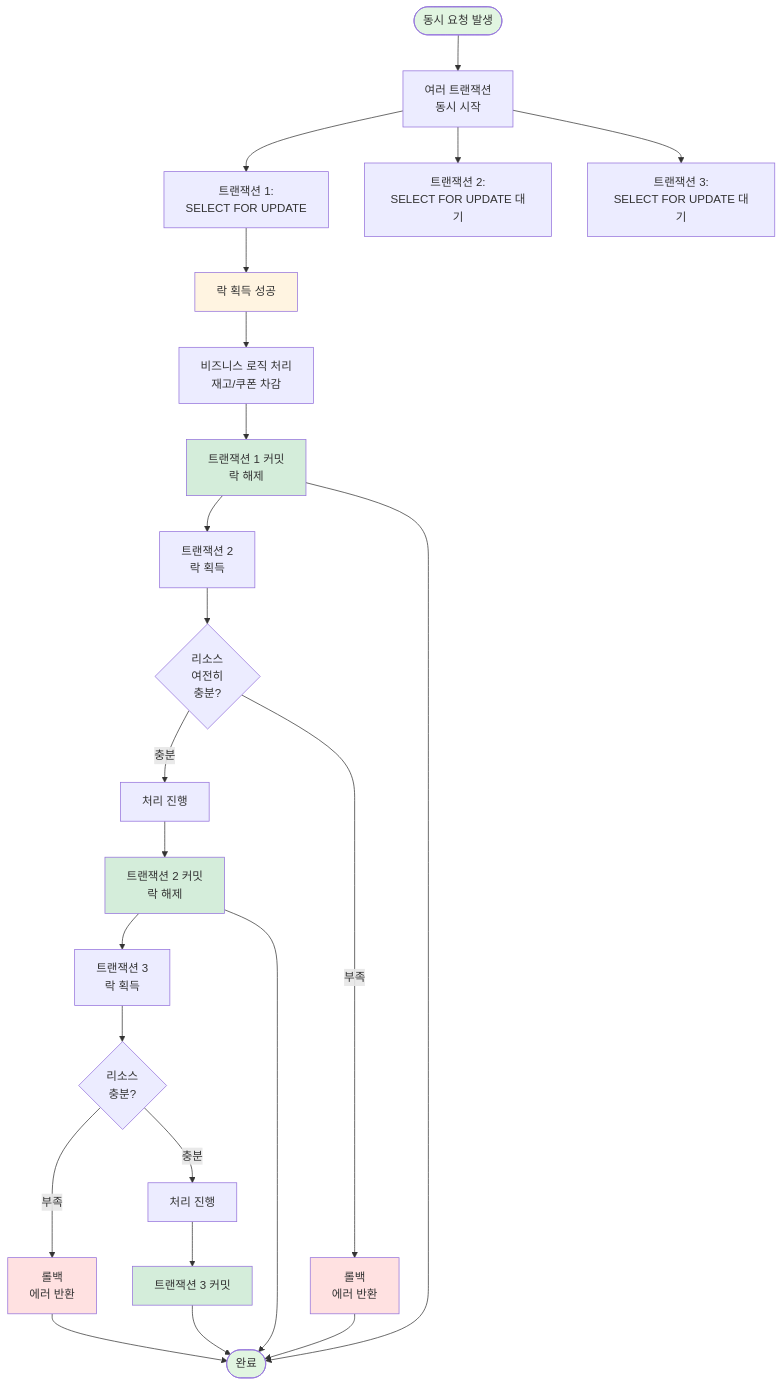
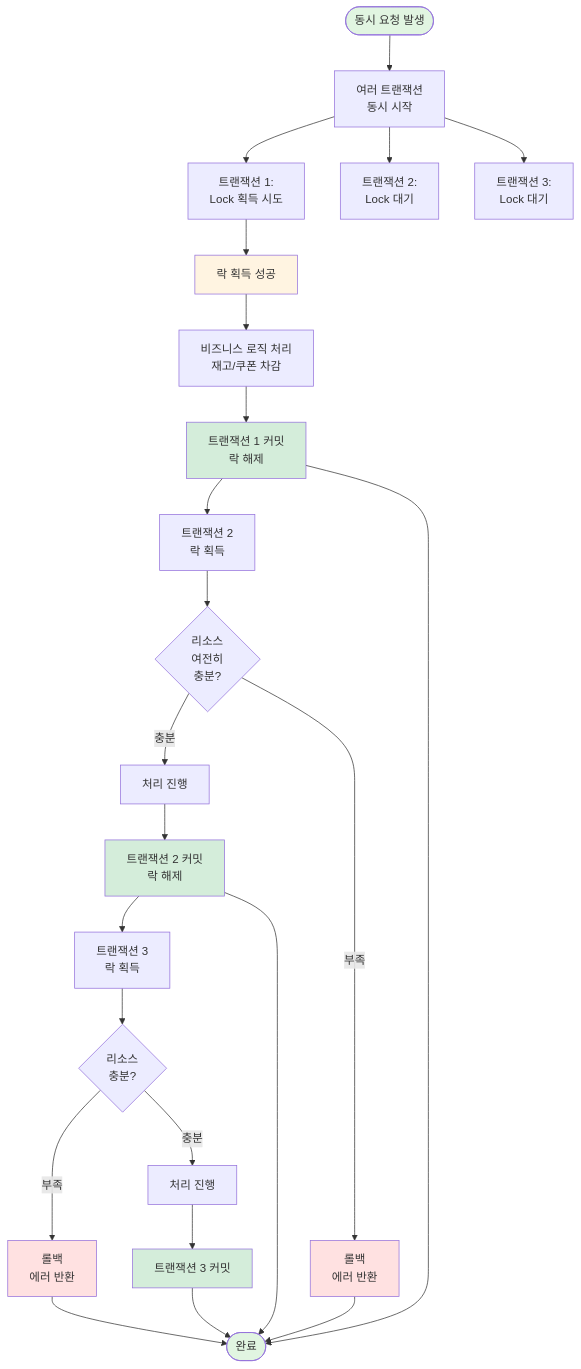
One commit to jaedeokhan/start-study changed the eighth of 9 diagrams in week2-api-design-management/api-swagger/docs/api/flowcharts.md. Above: the diagram before and after it, drawn with Mermaid. The commit also changed other lines of this file and 6 other files, not shown here.

Commit message:
chore: 상품, 주문, 결제, 쿠폰, 재고 ERD 및 시퀀스 및 ERD 구성

````diff
--- a/week2-api-design-management/api-swagger/docs/api/flowcharts.md
+++ b/week2-api-design-management/api-swagger/docs/api/flowcharts.md
@@ -368,39 +368,39 @@
 ```mermaid
 flowchart TD
     Start([동시 요청 발생]) --> MultipleReq[여러 트랜잭션<br/>동시 시작]
 
-    MultipleReq --> Tx1[트랜잭션 1:<br/>SELECT FOR UPDATE]
-    MultipleReq --> Tx2[트랜잭션 2:<br/>SELECT FOR UPDATE 대기]
-    MultipleReq --> Tx3[트랜잭션 3:<br/>SELECT FOR UPDATE 대기]
+    MultipleReq --> Tx1[트랜잭션 1:<br/>Lock 획득 시도]
+    MultipleReq --> Tx2[트랜잭션 2:<br/>Lock 대기]
+    MultipleReq --> Tx3[트랜잭션 3:<br/>Lock 대기]
 
     Tx1 --> Lock1[락 획득 성공]
     Lock1 --> Process1[비즈니스 로직 처리<br/>재고/쿠폰 차감]
     Process1 --> Commit1[트랜잭션 1 커밋<br/>락 해제]
 
     Commit1 --> Tx2Next[트랜잭션 2<br/>락 획득]
     Tx2Next --> Check2{리소스<br/>여전히<br/>충분?}
     Check2 -->|충분| Process2[처리 진행]
     Check2 -->|부족| Rollback2[롤백<br/>에러 반환]
 
     Process2 --> Commit2[트랜잭션 2 커밋<br/>락 해제]
     Commit2 --> Tx3Next[트랜잭션 3<br/>락 획득]
     Tx3Next --> Check3{리소스<br/>충분?}
     Check3 -->|부족| Rollback3[롤백<br/>에러 반환]
     Check3 -->|충분| Process3[처리 진행]
     Process3 --> Commit3[트랜잭션 3 커밋]
 
     Commit1 --> End([완료])
     Commit2 --> End
     Commit3 --> End
     Rollback2 --> End
     Rollback3 --> End
 
     style Start fill:#e1f5e1
     style End fill:#e1f5e1
     style Lock1 fill:#fff4e1
     style Commit1 fill:#d4edda
     style Commit2 fill:#d4edda
     style Commit3 fill:#d4edda
     style Rollback2 fill:#ffe1e1
     style Rollback3 fill:#ffe1e1
 ```
````
